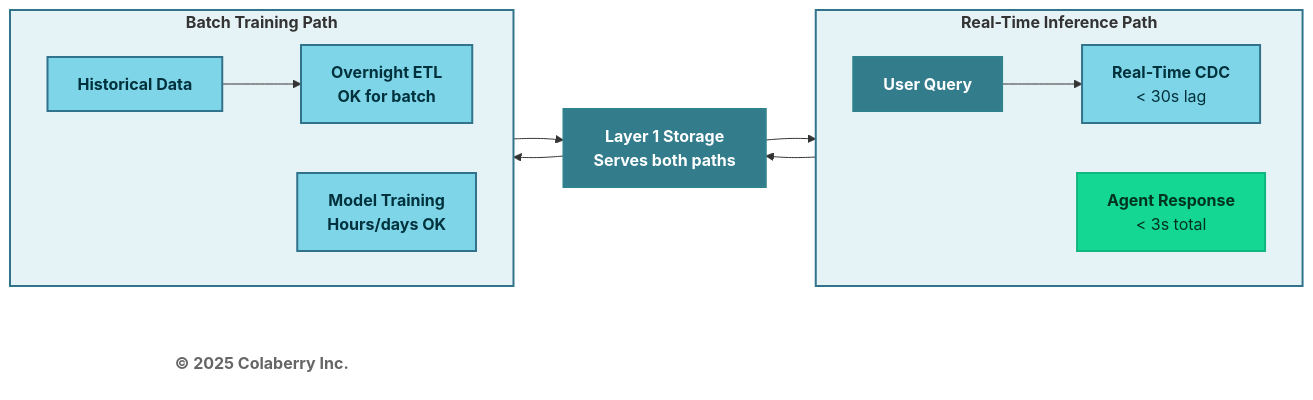
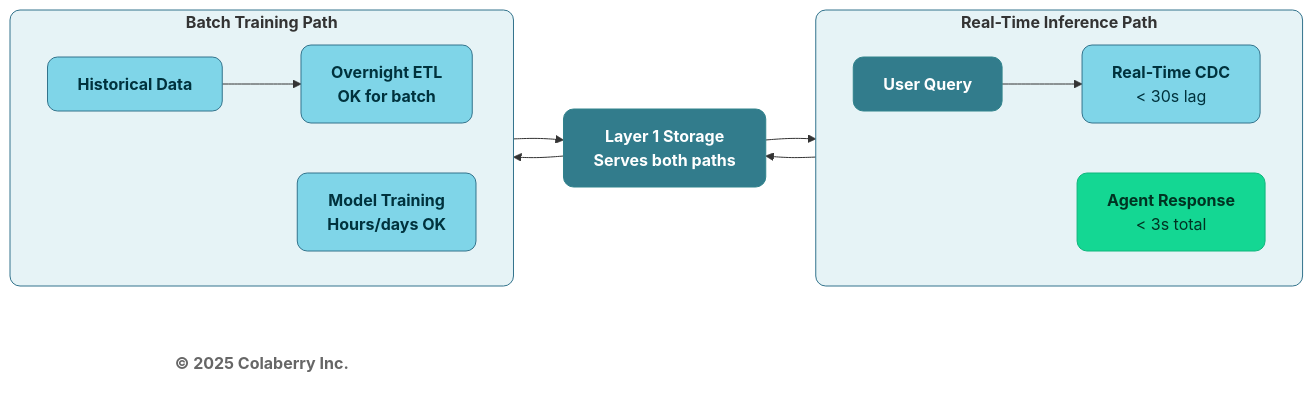
One commit to colaberry/trust-before-intelligence-book changed the eighth of 11 diagrams in manuscript/05_chapter_4_foundation_layers.md. Above: the diagram before and after it, drawn with Mermaid. The commit also changed other lines of this file and 12 other files, not shown here.

````diff
--- a/manuscript/05_chapter_4_foundation_layers.md
+++ b/manuscript/05_chapter_4_foundation_layers.md
@@ -891,34 +891,34 @@
 ```mermaid
 graph LR
     subgraph RT["<b>Real-Time Inference Path</b>"]
         direction LR
         I1["<b>User Query</b>"]
         I2["<b>Real-Time CDC</b><br/>&lt; 30s lag"]
         I3["<b>Agent Response</b><br/>&lt; 3s total"]
     end
     
     subgraph BT["<b>Batch Training Path</b>"]
         direction LR
         T1["<b>Historical Data</b>"]
         T2["<b>Overnight ETL</b><br/><b>OK for batch</b>"]
         T3["<b>Model Training</b><br/><b>Hours/days OK</b>"]
     end
     
     STORAGE["<b>Layer 1 Storage</b><br/><b>Serves both paths</b>"]
     
     Copyright["<b>© 2025 Colaberry Inc.</b>"]
     
     I1 --> I2 --> STORAGE --> I3
     T1 --> T2 --> STORAGE --> T3
     
-    style RT fill:#E6F3F6,stroke:#32738C,stroke-width:2px
-    style BT fill:#E6F3F6,stroke:#32738C,stroke-width:2px
-    style I1 fill:#327C8C,stroke:#30838C,stroke-width:2px,color:#ffffff
-    style I2 fill:#7FD5E8,stroke:#32738C,stroke-width:2px,color:#00323D
-    style I3 fill:#14D793,stroke:#0FB67D,stroke-width:2px,color:#003322
-    style T1 fill:#7FD5E8,stroke:#32738C,stroke-width:2px,color:#00323D
-    style T2 fill:#7FD5E8,stroke:#32738C,stroke-width:2px,color:#00323D
-    style T3 fill:#7FD5E8,stroke:#32738C,stroke-width:2px,color:#00323D
-    style STORAGE fill:#327C8C,stroke:#30838C,stroke-width:2px,color:#ffffff
-    style Copyright fill:#ffffff,stroke:none,color:#666666
+    style RT fill:#E6F3F6,stroke:#32738C,stroke-width:1px,rx:10,ry:10
+    style BT fill:#E6F3F6,stroke:#32738C,stroke-width:1px,rx:10,ry:10
+    style I1 fill:#327C8C,stroke:#30838C,stroke-width:1px,color:#ffffff,rx:10,ry:10
+    style I2 fill:#7FD5E8,stroke:#32738C,stroke-width:1px,color:#00323D,rx:10,ry:10
+    style I3 fill:#14D793,stroke:#0FB67D,stroke-width:1px,color:#003322,rx:10,ry:10
+    style T1 fill:#7FD5E8,stroke:#32738C,stroke-width:1px,color:#00323D,rx:10,ry:10
+    style T2 fill:#7FD5E8,stroke:#32738C,stroke-width:1px,color:#00323D,rx:10,ry:10
+    style T3 fill:#7FD5E8,stroke:#32738C,stroke-width:1px,color:#00323D,rx:10,ry:10
+    style STORAGE fill:#327C8C,stroke:#30838C,stroke-width:1px,color:#ffffff,rx:10,ry:10
+    style Copyright fill:none,stroke:none,color:#666666
 ```
````
